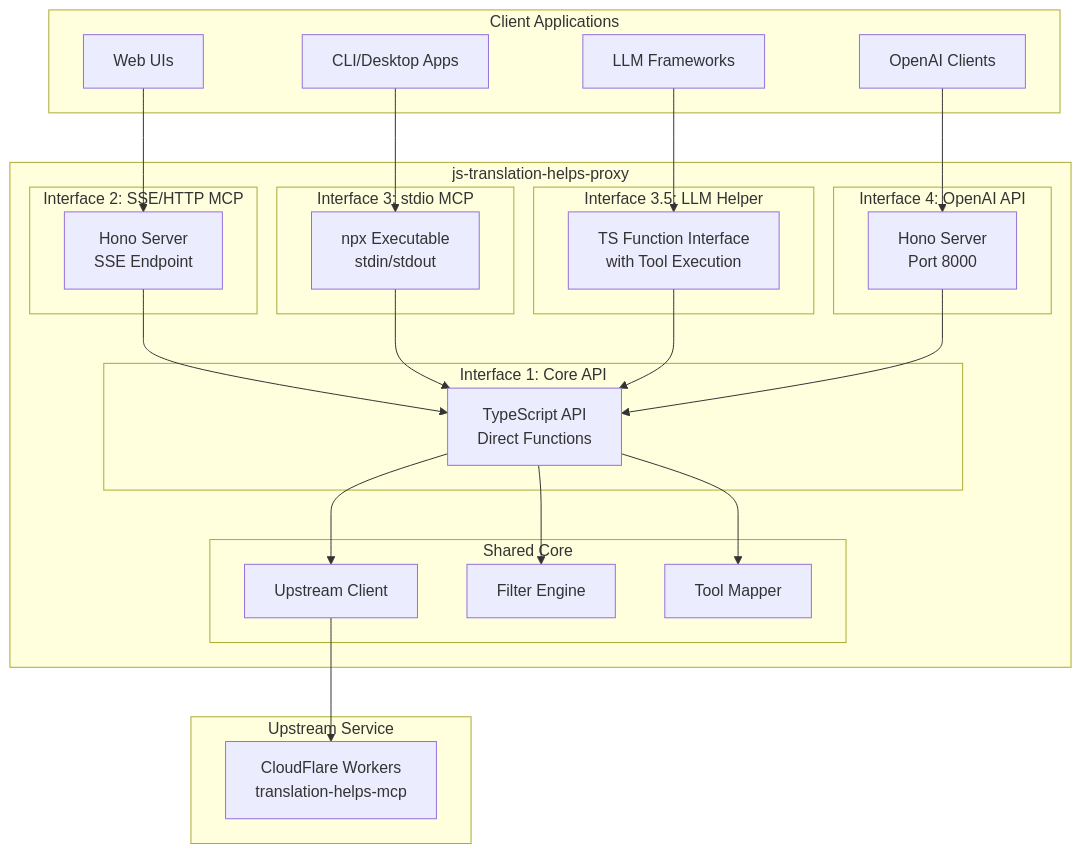
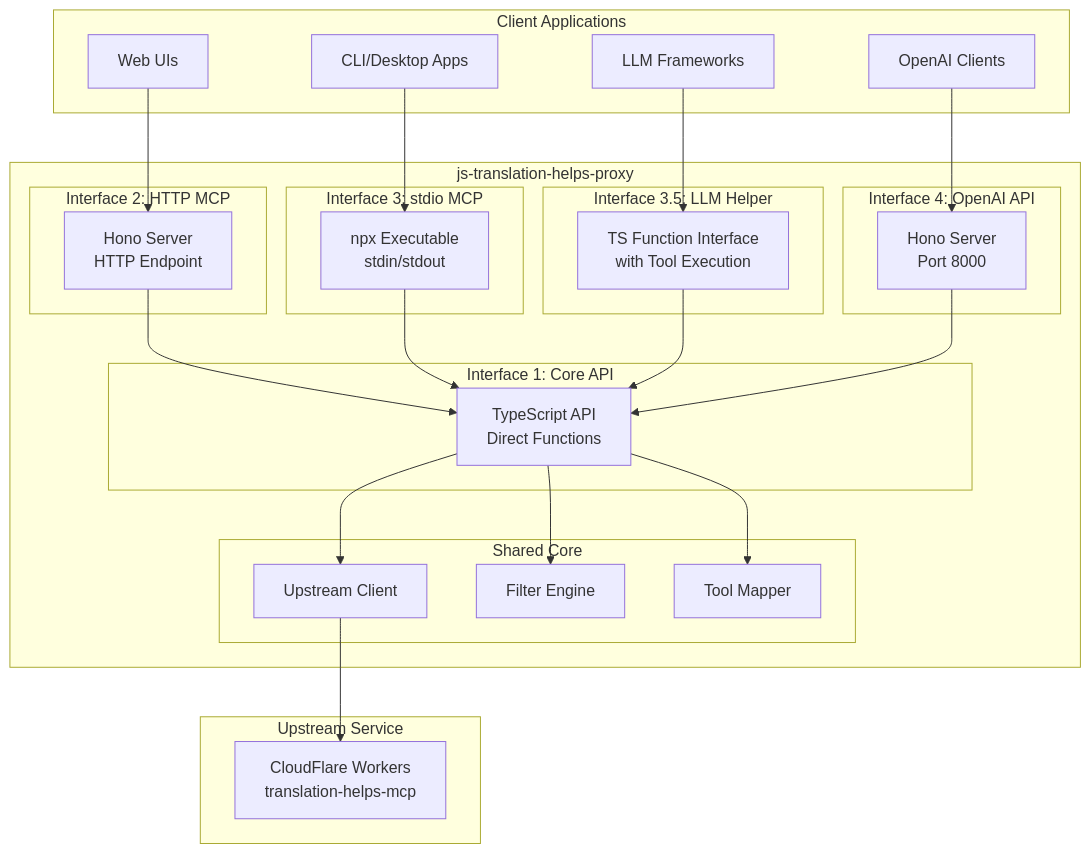
One commit to JEdward7777/js-translation-helps-proxy changed the diagram in ARCHITECTURE.md. Above: the diagram before and after it, drawn with Mermaid. The commit also changed other lines of this file and 9 other files, not shown here.

First line of the commit message:
refactor: Complete SSE endpoint removal from all files

````diff
--- a/ARCHITECTURE.md
+++ b/ARCHITECTURE.md
@@ -38,57 +38,57 @@
 ```mermaid
 graph TB
     subgraph "Client Applications"
         CLI[CLI/Desktop Apps]
         WebUI[Web UIs]
         LLM[LLM Frameworks]
         OpenAI[OpenAI Clients]
     end
     
     subgraph "js-translation-helps-proxy"
         subgraph "Interface 1: Core API"
             Core[TypeScript API<br/>Direct Functions]
         end
         
-        subgraph "Interface 2: SSE/HTTP MCP"
-            SSE[Hono Server<br/>SSE Endpoint]
+        subgraph "Interface 2: HTTP MCP"
+            HTTP[Hono Server<br/>HTTP Endpoint]
         end
         
         subgraph "Interface 3: stdio MCP"
             Stdio[npx Executable<br/>stdin/stdout]
         end
         
         subgraph "Interface 3.5: LLM Helper"
             Helper[TS Function Interface<br/>with Tool Execution]
         end
         
         subgraph "Interface 4: OpenAI API"
             OpenAI_API[Hono Server<br/>Port 8000]
         end
         
         subgraph "Shared Core"
             Upstream[Upstream Client]
             Filters[Filter Engine]
             Mapper[Tool Mapper]
         end
     end
     
     subgraph "Upstream Service"
         CloudFlare[CloudFlare Workers<br/>translation-helps-mcp]
     end
     
     CLI --> Stdio
-    WebUI --> SSE
+    WebUI --> HTTP
     LLM --> Helper
     OpenAI --> OpenAI_API
     
     Core --> Upstream
-    SSE --> Core
+    HTTP --> Core
     Stdio --> Core
     Helper --> Core
     OpenAI_API --> Core
     
     Core --> Filters
     Core --> Mapper
     
     Upstream --> CloudFlare
 ```
````
